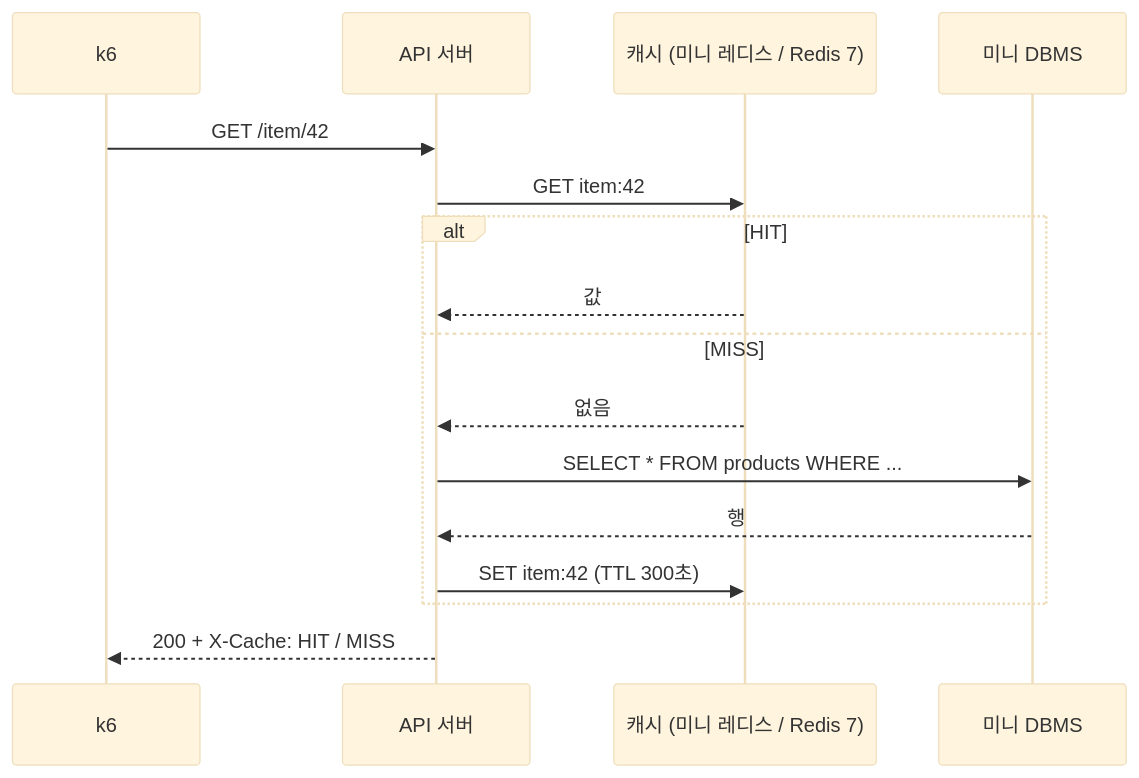
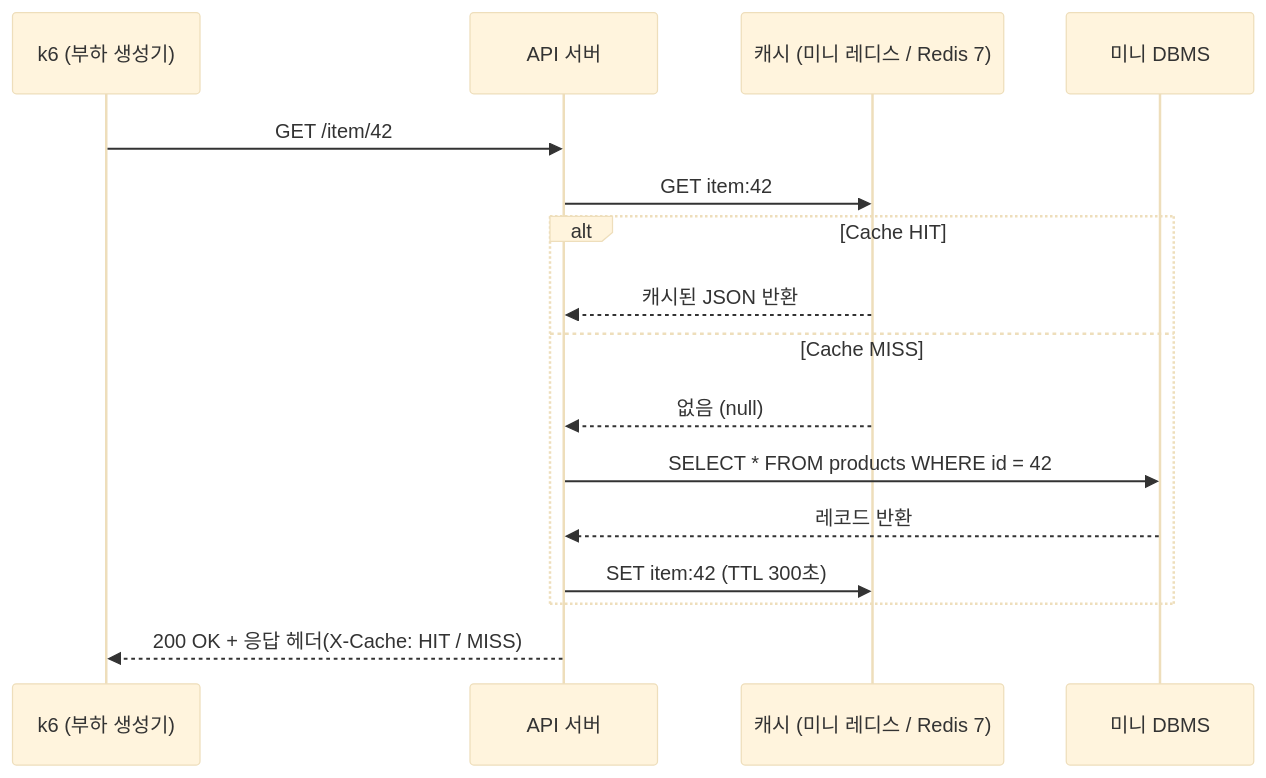
The second of 2 diagrams in README.md (kimtaeg/ai-framework), drawn with Mermaid (base theme) before and after one commit. The commit also changed other lines of this file, not shown here.

````diff
--- a/README.md
+++ b/README.md
@@ -47,18 +54,18 @@
 ```mermaid
 sequenceDiagram
-    participant K as k6
+    participant K as k6 (부하 생성기)
     participant A as API 서버
     participant C as 캐시 (미니 레디스 / Redis 7)
     participant D as 미니 DBMS
     K->>A: GET /item/42
     A->>C: GET item:42
-    alt HIT
-        C-->>A: 값
-    else MISS
-        C-->>A: 없음
-        A->>D: SELECT * FROM products WHERE ...
-        D-->>A: 행
+    alt Cache HIT
+        C-->>A: 캐시된 JSON 반환
+    else Cache MISS
+        C-->>A: 없음 (null)
+        A->>D: SELECT * FROM products WHERE id = 42
+        D-->>A: 레코드 반환
         A->>C: SET item:42 (TTL 300초)
     end
-    A-->>K: 200 + X-Cache: HIT / MISS
+    A-->>K: 200 OK + 응답 헤더(X-Cache: HIT / MISS)
 ```
````
